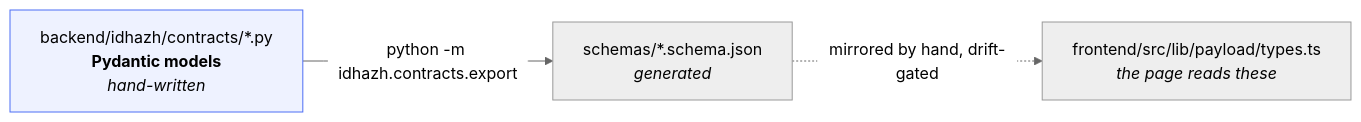
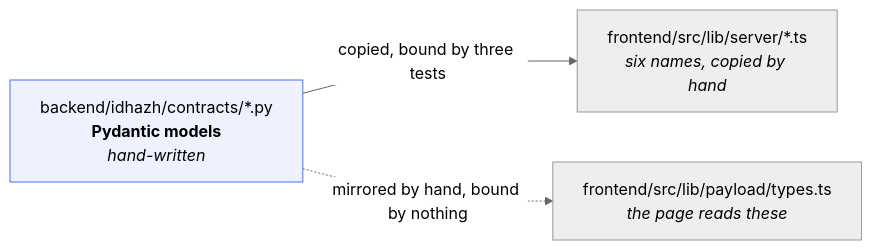
One commit to miztiik/yen-idhazh changed the third of 3 diagrams in docs/architecture/overview.md. Above: the diagram before and after it, drawn with Mermaid (neutral theme). The commit also changed other lines of this file and 214 other files, not shown here.

````diff
--- a/docs/architecture/overview.md
+++ b/docs/architecture/overview.md
@@ -91,10 +91,10 @@
 ```mermaid
 flowchart LR
  PY["backend/idhazh/contracts/*.py<br/><b>Pydantic models</b><br/><i>hand-written</i>"]
- JS["schemas/*.schema.json<br/><i>generated</i>"]
+ JS["frontend/src/lib/server/*.ts<br/><i>six names, copied by hand</i>"]
  TS["frontend/src/lib/payload/types.ts<br/><i>the page reads these</i>"]
- PY -->|"python -m idhazh.contracts.export"| JS
- JS -.->|"mirrored by hand, drift-gated"| TS
+ PY -->|"copied, bound by three tests"| JS
+ PY -.->|"mirrored by hand, bound by nothing"| TS
 
  style PY fill:#eef2ff,stroke:#4c6ef5
 ```
````
